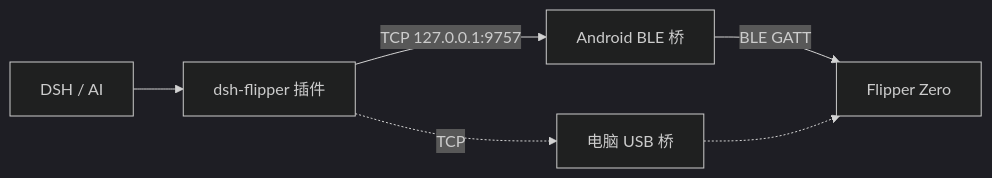
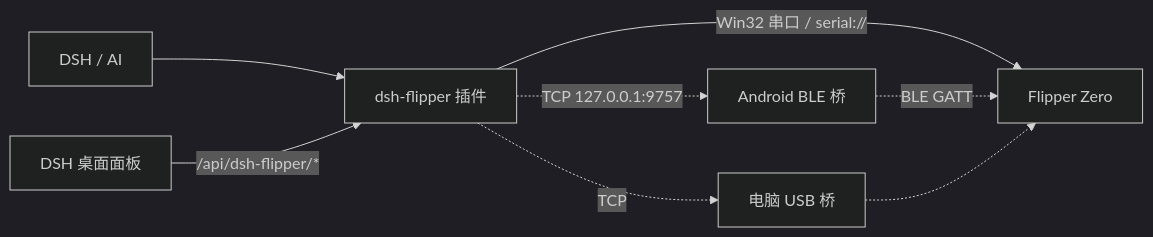
Before and after one commit to nazling/dsh-flipper: the diagram in README.md, drawn with Mermaid (dark theme). The commit also changed other lines of this file and 19 other files, not shown here.

First line of the commit message:
feat: 桌面面板 + Win32 串口直连，电脑上不需要 python 桥

````diff
--- a/README.md
+++ b/README.md
@@ -50,8 +53,10 @@
 ```mermaid
 flowchart LR
   AI[DSH / AI] --> P[dsh-flipper 插件]
-  P -->|TCP 127.0.0.1:9757| B[Android BLE 桥]
-  B -->|BLE GATT| F[Flipper Zero]
+  UI[DSH 桌面面板] -->|/api/dsh-flipper/*| P
+  P -->|Win32 串口 / serial://| F[Flipper Zero]
+  P -.->|TCP 127.0.0.1:9757| B[Android BLE 桥]
+  B -.->|BLE GATT| F
   P -.->|TCP| C[电脑 USB 桥]
   C -.-> F
 ```
````
